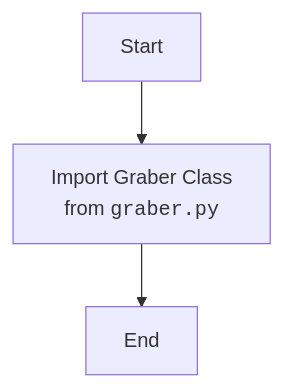
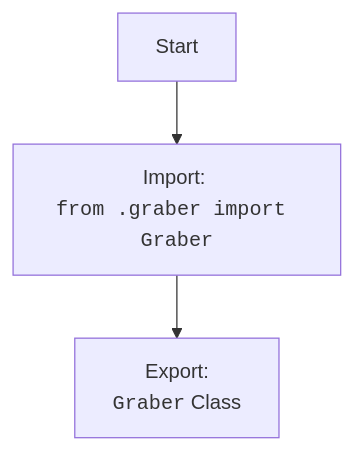
Before and after one commit to hypo69/hypo: the diagram in docs/gemini/ru/explainer/src/suppliers/gearbest/__init__.py.md, drawn with Mermaid. The commit also changed other lines of this file and 1505 other files, not shown here.

````diff
--- a/docs/gemini/ru/explainer/src/suppliers/gearbest/__init__.py.md
+++ b/docs/gemini/ru/explainer/src/suppliers/gearbest/__init__.py.md
@@ -14,5 +13,5 @@
 ```mermaid
 flowchart TD
-    Start --> ImportGraber[Import Graber Class <br> from <code>graber.py</code>]
-    ImportGraber --> End[End]
+    Start --> ImportGraber[Import: <br><code>from .graber import Graber</code>]
+    ImportGraber --> ExportGraber[Export: <br><code>Graber</code> Class]
 ```
````
